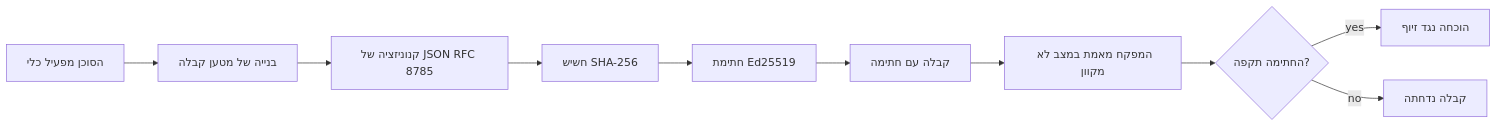
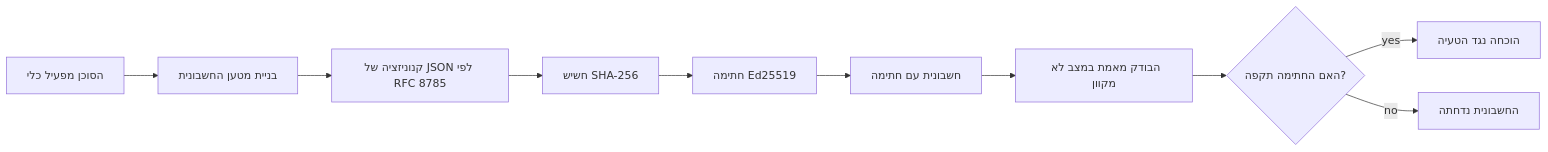
Before and after one commit to gabrielmoreira/agent-skills-mirror: the first of 2 diagrams in mirrors/repos/microsoft@ai-agents-for-beginners/translations/he/18-securing-ai-agents/README.md, drawn with Mermaid. The commit also changed other lines of this file and 8886 other files, not shown here.

````diff
--- a/mirrors/repos/microsoft@ai-agents-for-beginners/translations/he/18-securing-ai-agents/README.md
+++ b/mirrors/repos/microsoft@ai-agents-for-beginners/translations/he/18-securing-ai-agents/README.md
@@ -51,12 +51,12 @@
 ```mermaid
 flowchart LR
-    A[הסוכן מפעיל כלי] --> B[בנייה של מטען קבלה]
-    B --> C[קנוניזציה של JSON RFC 8785]
+    A[הסוכן מפעיל כלי] --> B[בניית מטען החשבונית]
+    B --> C[קנוניזציה של JSON לפי RFC 8785]
     C --> D[חשיש SHA-256]
-    D --> E[חתימת Ed25519]
-    E --> F[קבלה עם חתימה]
-    F --> G[המפקח מאמת במצב לא מקוון]
-    G --> H{החתימה תקפה?}
-    H -- yes --> I[הוכחה נגד זיוף]
-    H -- no --> J[קבלה נדחתה]
+    D --> E[חתימה Ed25519]
+    E --> F[חשבונית עם חתימה]
+    F --> G[הבודק מאמת במצב לא מקוון]
+    G --> H{האם החתימה תקפה?}
+    H -- yes --> I[הוכחה נגד הטעיה]
+    H -- no --> J[החשבונית נדחתה]
 ```
````
